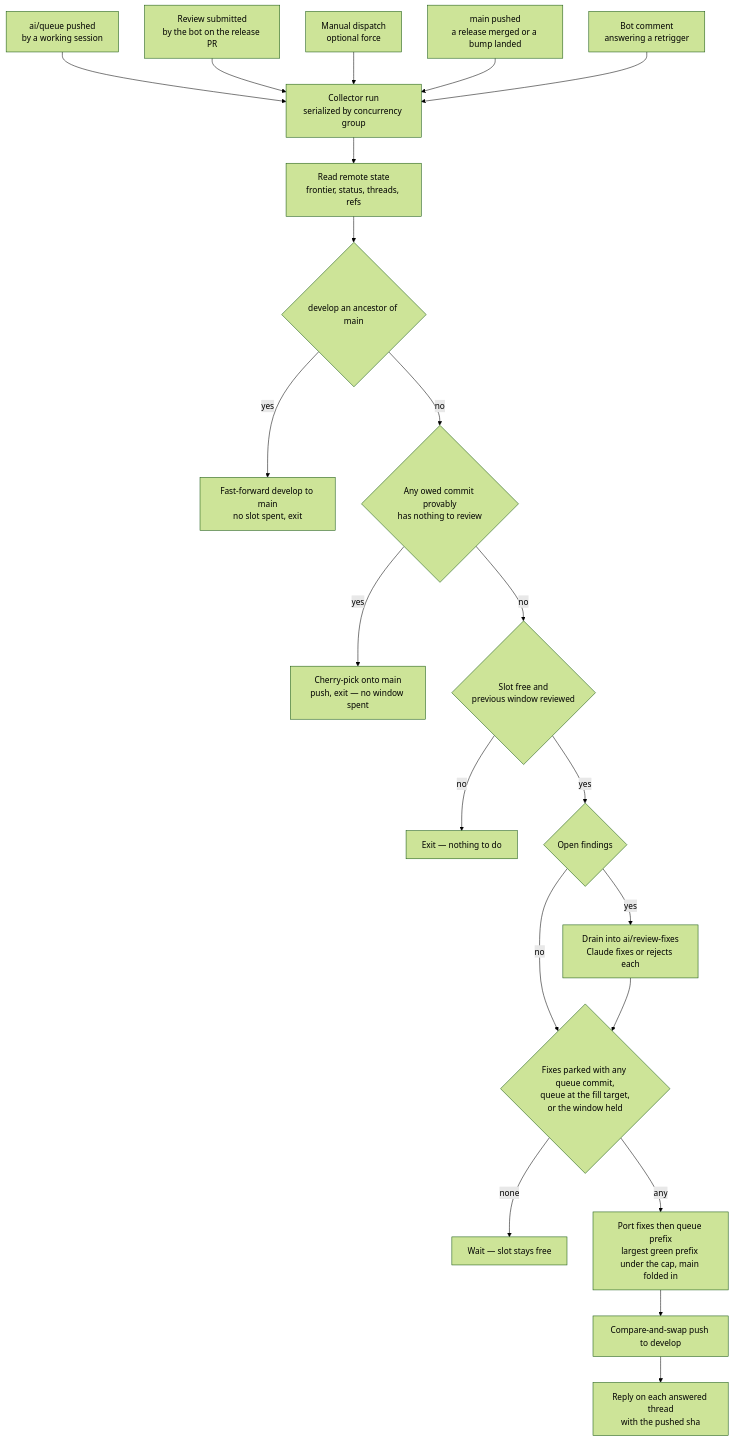
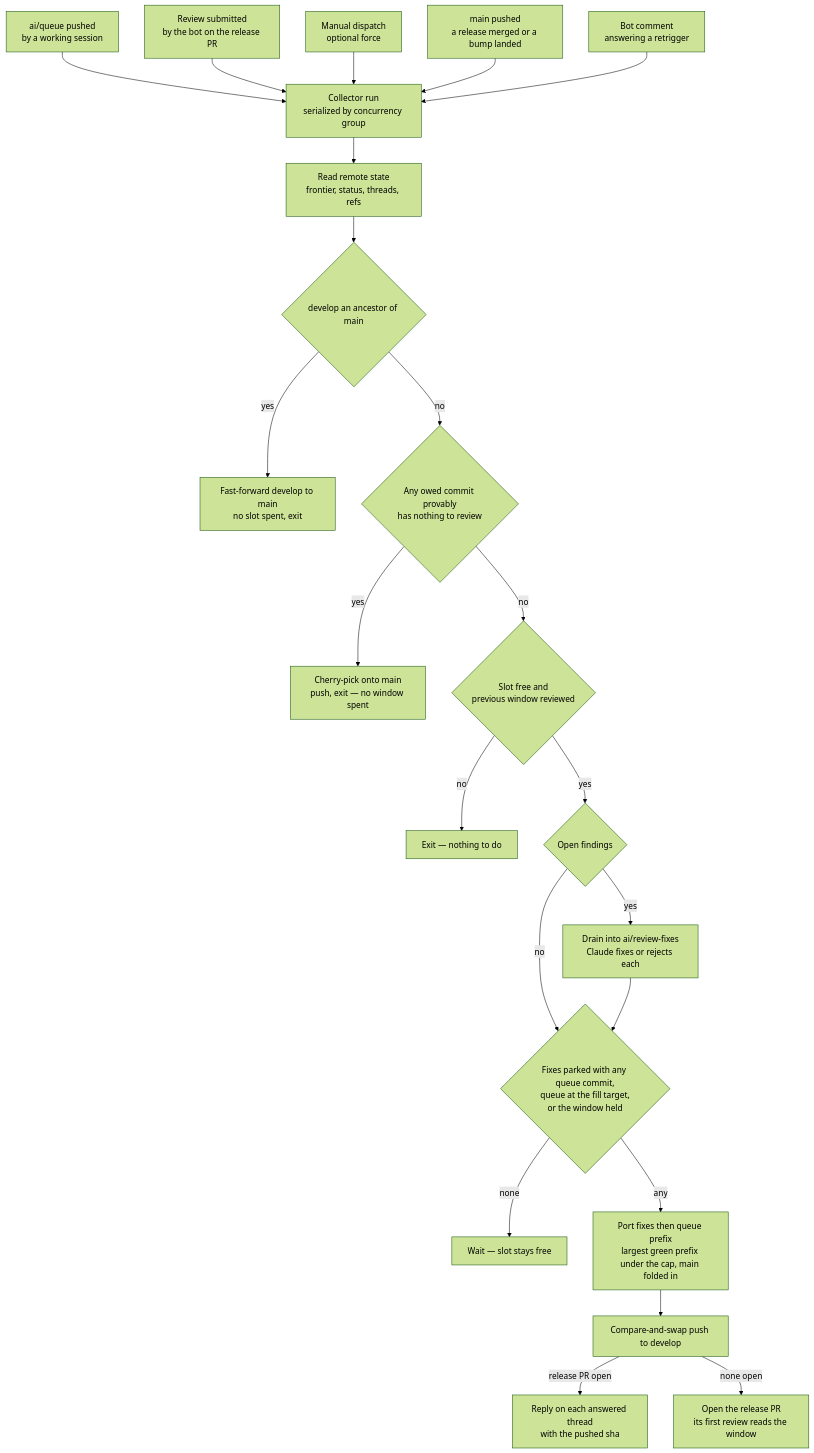
Before and after one commit to Esposter/Esposter: the diagram in apps/web/content/docs/infra/review-collector/index.md, drawn with Mermaid (forest theme). The commit also changed other lines of this file and 45 other files, not shown here.

````diff
--- a/apps/web/content/docs/infra/review-collector/index.md
+++ b/apps/web/content/docs/infra/review-collector/index.md
@@ -27,23 +28,24 @@
 ```mermaid
 flowchart TD
   A[ai/queue pushed<br/>by a working session] --> C
   F[Review submitted<br/>by the bot on the release PR] --> C
   D[Manual dispatch<br/>optional force] --> C
   MN[main pushed<br/>a release merged or a bump landed] --> C
   CM[Bot comment<br/>answering a retrigger] --> C
   C[Collector run<br/>serialized by concurrency group] --> R[Read remote state<br/>frontier, status, threads, refs]
   R --> RS{develop an ancestor of main}
   RS -->|yes| FF[Fast-forward develop to main<br/>no slot spent, exit]
   RS -->|no| E{Any owed commit provably<br/>has nothing to review}
   E -->|yes| EX[Cherry-pick onto main<br/>push, exit — no window spent]
   E -->|no| G{Slot free and<br/>previous window reviewed}
   G -->|no| X[Exit — nothing to do]
   G -->|yes| O{Open findings}
   O -->|yes| DR[Drain into ai/review-fixes<br/>Claude fixes or rejects each]
   O -->|no| P
   DR --> P{Fixes parked with any queue commit,<br/>queue at the fill target,<br/>or the window held}
   P -->|none| PK[Wait — slot stays free]
   P -->|any| W[Port fixes then queue prefix<br/>largest green prefix under the cap, main folded in]
   W --> PU[Compare-and-swap push to develop]
-  PU --> RP[Reply on each answered thread<br/>with the pushed sha]
+  PU -->|release PR open| RP[Reply on each answered thread<br/>with the pushed sha]
+  PU -->|none open| OP[Open the release PR<br/>its first review reads the window]
 ```
````
